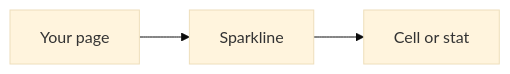
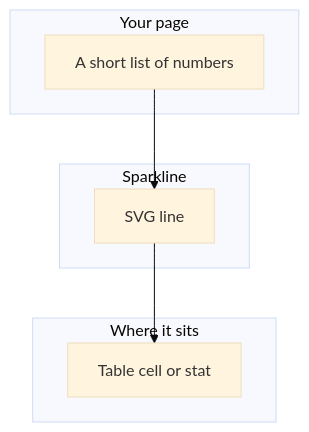
One commit to RajshekharBorate/pixel-ui changed the first of 3 diagrams in projects/pixel-ui/src/lib/pixel-chart-sparkline/DESIGN.md. Above: the diagram before and after it, drawn with Mermaid (base theme). The commit also changed other lines of this file and 73 other files, not shown here.

Commit message:
Explain who owns each value and what each flow does in every component and service design.

````diff
--- a/projects/pixel-ui/src/lib/pixel-chart-sparkline/DESIGN.md
+++ b/projects/pixel-ui/src/lib/pixel-chart-sparkline/DESIGN.md
@@ -18,8 +20,14 @@
 ```mermaid
-flowchart LR
-  page["Your page"]
-  plot["Sparkline"]
-  cell["Cell or stat"]
-  page --> plot
-  plot --> cell
+flowchart TB
+  subgraph page [Your page]
+    Numbers[A short list of numbers]
+  end
+  subgraph plot [Sparkline]
+    Svg[SVG line]
+  end
+  subgraph place [Where it sits]
+    Cell[Table cell or stat]
+  end
+  Numbers --> Svg
+  Svg --> Cell
 ```
````
